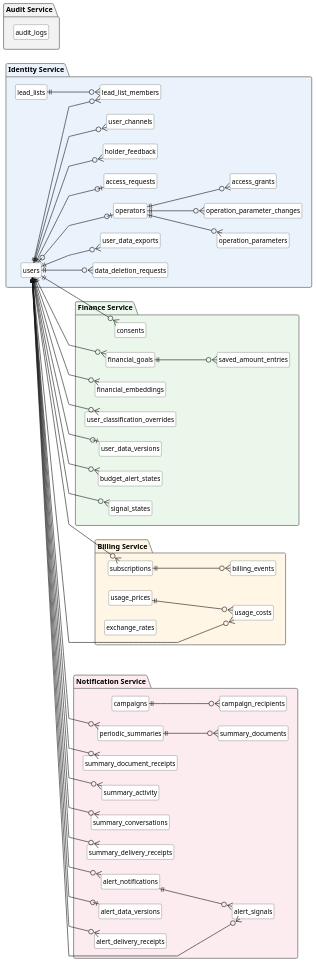
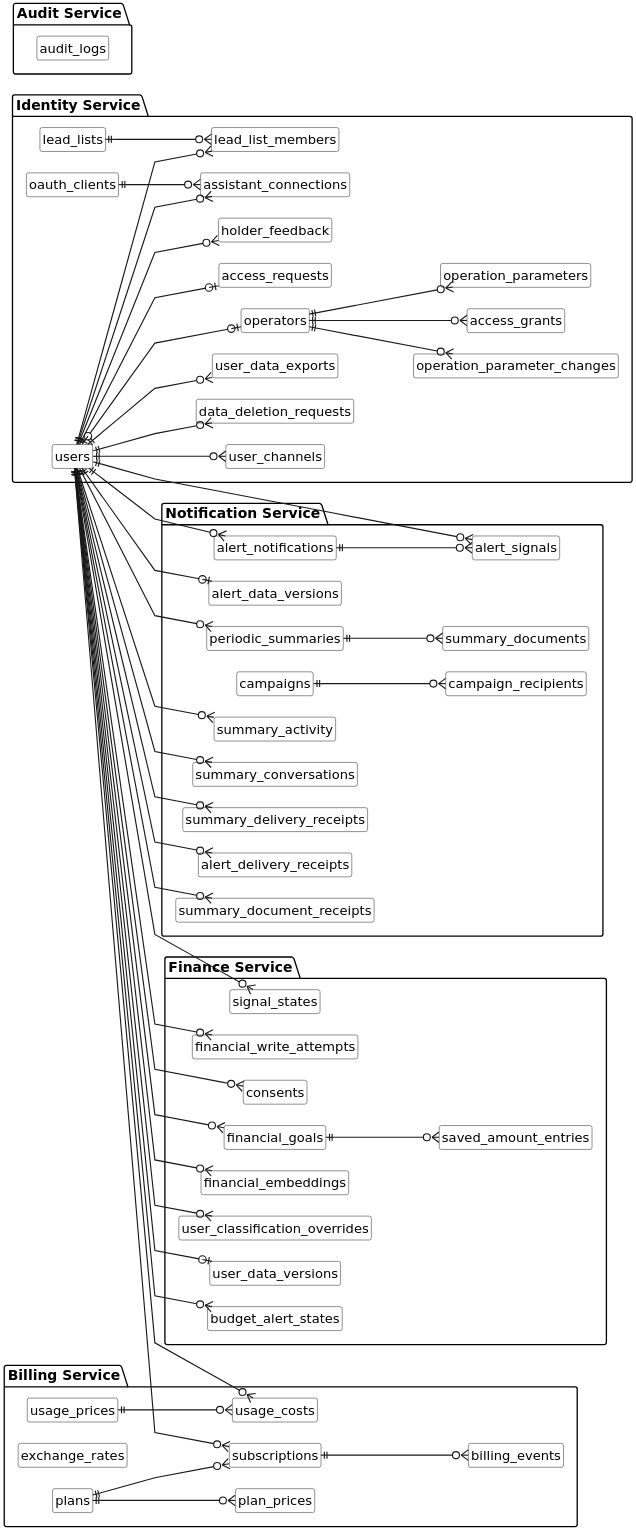
Before and after one commit to eigam-corp/thesis: the diagram in puml/der_postgres.puml, drawn with PlantUML. The commit also changed 198 other files, not shown here.

```diff
--- a/puml/der_postgres.puml
+++ b/puml/der_postgres.puml
@@ -1,113 +1,126 @@
 @startuml der_postgres
-skinparam defaultFontName Arial
+skinparam defaultFontName "DejaVu Sans"
 skinparam shadowing false
-skinparam dpi 150
+skinparam monochrome true
+skinparam dpi 220
+skinparam defaultFontSize 15
+skinparam ArrowThickness 1.3
 skinparam linetype polyline
 skinparam nodesep 25
 skinparam ranksep 45
 hide circle
 hide members
 hide methods
 left to right direction
 skinparam class {
-    BackgroundColor #FFFFFF
-    BorderColor #555555
-    FontSize 11
+    BackgroundColor White
+    BorderColor Black
+    FontSize 15
 }
 skinparam package {
-    BorderColor #888888
-    FontSize 12
+    BorderColor Black
+    FontSize 16
 }
 
-package "Identity Service" #EAF2FB {
+package "Identity Service" {
     entity users
     entity user_channels
     entity data_deletion_requests
     entity user_data_exports
     entity operators
     entity operation_parameters
     entity operation_parameter_changes
     entity access_grants
     entity access_requests
     entity lead_lists
     entity lead_list_members
     entity holder_feedback
+    entity oauth_clients
+    entity assistant_connections
 }
 
-package "Finance Service" #EAF7EA {
+package "Finance Service" {
     entity consents
     entity financial_goals
     entity saved_amount_entries
     entity financial_embeddings
     entity user_classification_overrides
     entity user_data_versions
     entity budget_alert_states
     entity signal_states
+    entity financial_write_attempts
 }
 
-package "Billing Service" #FFF6E5 {
+package "Billing Service" {
     entity subscriptions
     entity billing_events
     entity usage_prices
     entity exchange_rates
     entity usage_costs
+    entity plans
+    entity plan_prices
 }
 
-package "Notification Service" #FCEBEF {
+package "Notification Service" {
     entity campaigns
     entity campaign_recipients
     entity periodic_summaries
     entity summary_documents
     entity summary_document_receipts
     entity summary_activity
     entity summary_conversations
     entity summary_delivery_receipts
     entity alert_signals
     entity alert_notifications
     entity alert_data_versions
     entity alert_delivery_receipts
 }
 
-package "Audit Service" #F2F2F2 {
+package "Audit Service" {
     entity audit_logs
 }
 
 users ||--o{ user_channels
 users ||--o{ data_deletion_requests
 users ||--o{ user_data_exports
 users |o--o| operators
 operators ||--o{ operation_parameter_changes
 operators ||--o{ operation_parameters
 operators ||--o{ access_grants
 users ||--o| access_requests
 lead_lists ||--o{ lead_list_members
 users ||--o{ lead_list_members
 users ||--o{ holder_feedback
+users ||--o{ assistant_connections
+oauth_clients ||--o{ assistant_connections
 
 users ||--o{ consents
 users ||--o{ financial_goals
 financial_goals ||--o{ saved_amount_entries
 users ||--o{ financial_embeddings
 users ||--o{ user_classification_overrides
 users ||--o{ periodic_summaries
 periodic_summaries ||--o{ summary_documents
 users ||--o{ summary_document_receipts
 users ||--o| user_data_versions
 users ||--o{ budget_alert_states
 users ||--o{ signal_states
+users ||--o{ financial_write_attempts
 
 users ||--o{ subscriptions
+plans ||--o{ subscriptions
+plans ||--o{ plan_prices
 subscriptions ||--o{ billing_events
 users ||--o{ usage_costs
 usage_prices ||--o{ usage_costs
 
 campaigns ||--o{ campaign_recipients
 users ||--o{ summary_activity
 users ||--o{ summary_conversations
 users ||--o{ summary_delivery_receipts
 users ||--o{ alert_signals
 alert_notifications ||--o{ alert_signals
 users ||--o{ alert_notifications
 users ||--o| alert_data_versions
 users ||--o{ alert_delivery_receipts
 @enduml
```
